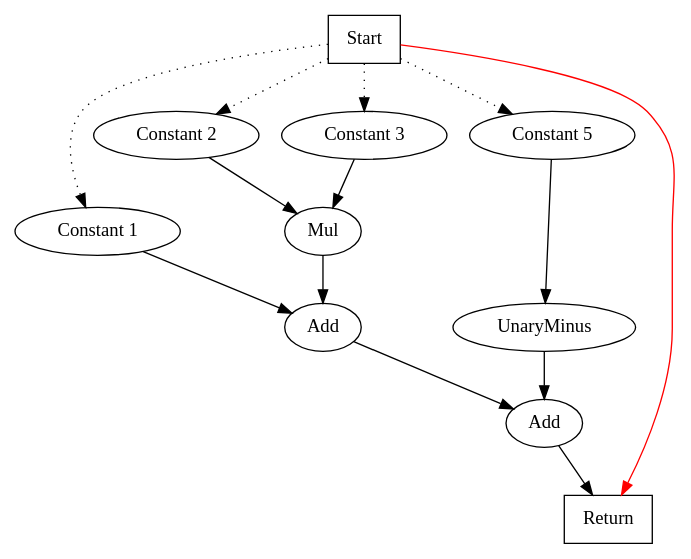
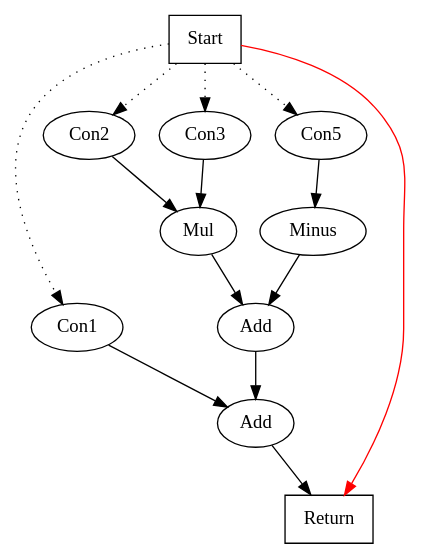
One commit to SeaOfNodes/Simple changed the diagram in chapter02/docs/02-pre-peephole-ex1.gv. Above: the diagram before and after it, drawn with Graphviz. The commit also changed 12 other files, not shown here.

```diff
--- a/chapter02/docs/02-pre-peephole-ex1.gv
+++ b/chapter02/docs/02-pre-peephole-ex1.gv
@@ -1,27 +1,27 @@
-digraph chapter01
+digraph chapter02
 {
 	Start1 [shape=box,  label="Start"];
-	Constant2 [ label="Constant 1"];
-	Start1 -> Constant2 [style=dotted];
-	Constant3 [ label="Constant 2"];
-	Start1 -> Constant3 [style=dotted];
-	Constant4 [ label="Constant 3"];
-	Start1 -> Constant4 [style=dotted];
+	Con12 [ label="Con1"];
+	Start1 -> Con12 [style=dotted];
+	Con23 [ label="Con2"];
+	Start1 -> Con23 [style=dotted];
+	Con34 [ label="Con3"];
+	Start1 -> Con34 [style=dotted];
 	Mul5 [ label="Mul"];
-	Constant3 -> Mul5;
-	Constant4 -> Mul5;
-	Add6 [ label="Add"];
-	Constant2 -> Add6;
-	Mul5 -> Add6;
-	Constant7 [ label="Constant 5"];
-	Start1 -> Constant7 [style=dotted];
-	UnaryMinus8 [ label="UnaryMinus"];
-	Constant7 -> UnaryMinus8;
+	Con23 -> Mul5;
+	Con34 -> Mul5;
+	Con56 [ label="Con5"];
+	Start1 -> Con56 [style=dotted];
+	Minus7 [ label="Minus"];
+	Con56 -> Minus7;
+	Add8 [ label="Add"];
+	Mul5 -> Add8;
+	Minus7 -> Add8;
 	Add9 [ label="Add"];
-	Add6 -> Add9;
-	UnaryMinus8 -> Add9;
+	Con12 -> Add9;
+	Add8 -> Add9;
 	Return10 [shape=box,  label="Return"];
 	Add9 -> Return10;
 	edge [color=red];
 	Start1 -> Return10;
 }
```
